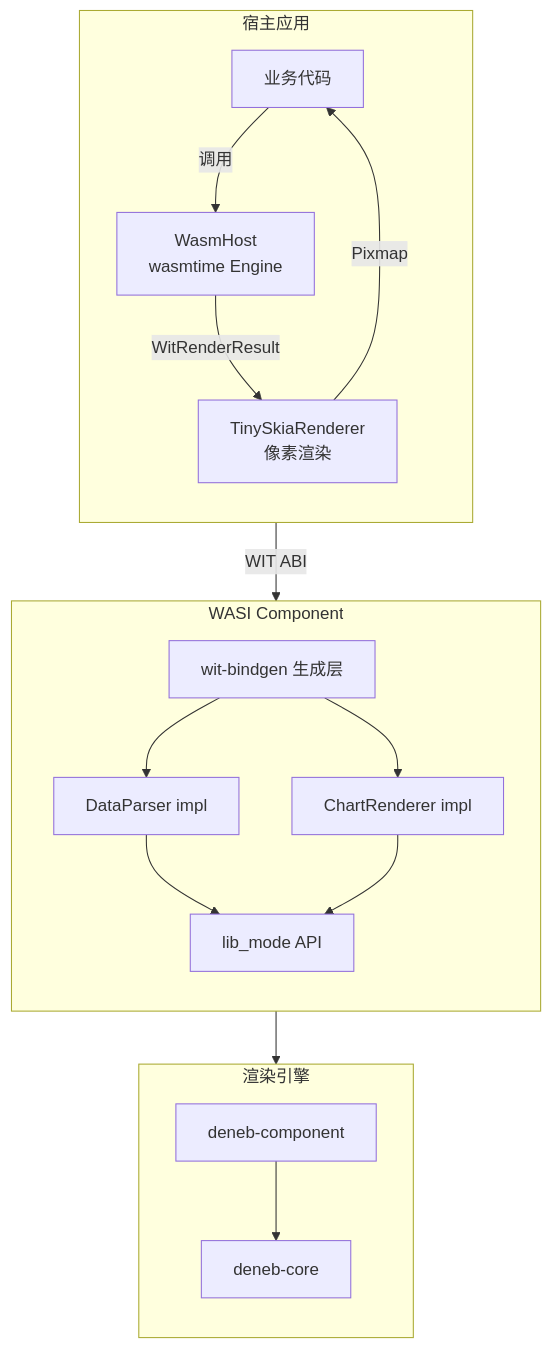
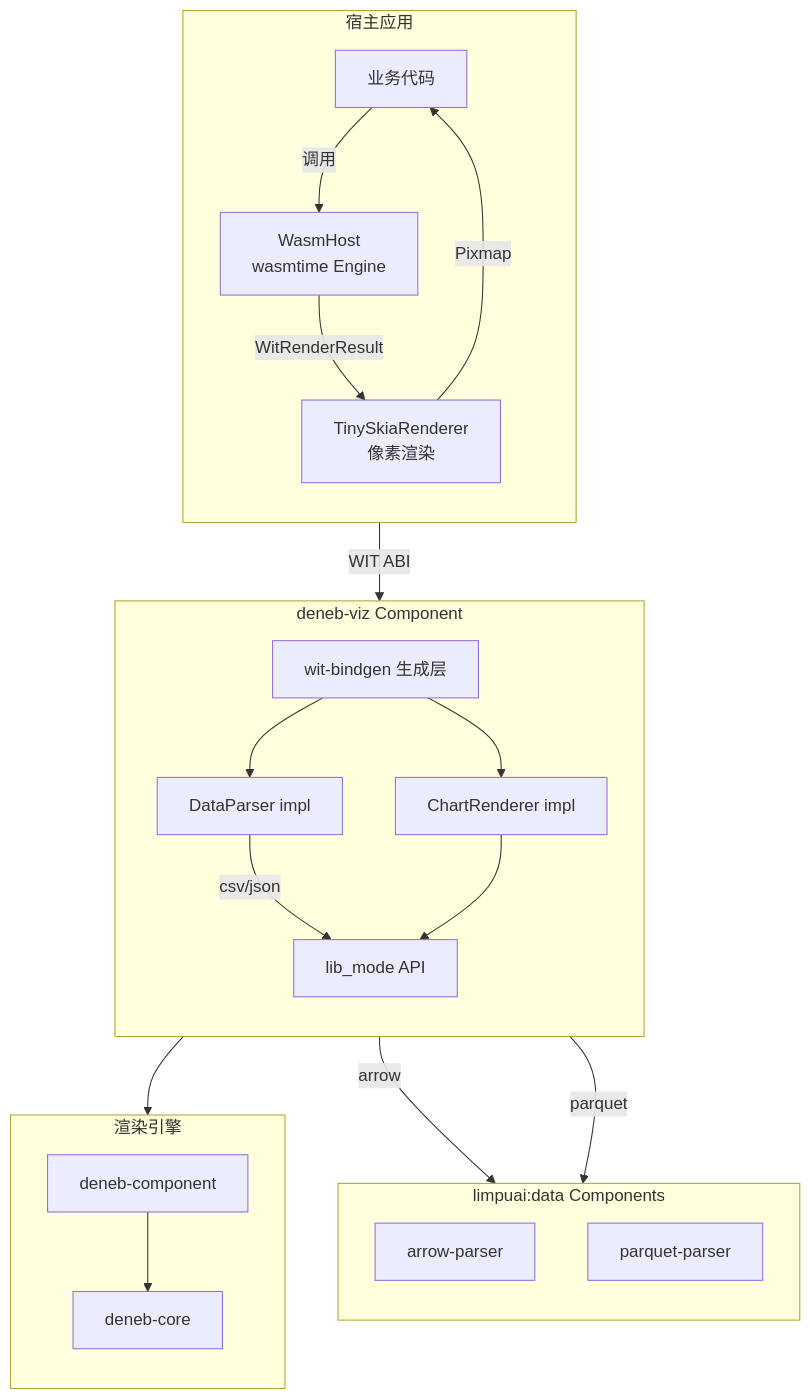
Before and after one commit to LimpuAI/deneb-rs: the first of 4 diagrams in docs/webassembly.md, drawn with Mermaid. The commit also changed other lines of this file and 29 other files, not shown here.

First line of the commit message:
feat: integrate limpuai-wit Arrow/Parquet parsers via WASI Component Model

````diff
--- a/docs/webassembly.md
+++ b/docs/webassembly.md
@@ -7,34 +7,42 @@
 ```mermaid
 flowchart TB
     subgraph Host["宿主应用"]
         direction TB
         app[业务代码]
         wh[WasmHost<br/>wasmtime Engine]
         ren[TinySkiaRenderer<br/>像素渲染]
     end
 
-    subgraph Component["WASI Component"]
+    subgraph Component["deneb-viz Component"]
         direction TB
         wb[wit-bindgen 生成层]
         dp[DataParser impl]
         cr[ChartRenderer impl]
         lib[lib_mode API]
+    end
+
+    subgraph Parsers["limpuai:data Components"]
+        direction TB
+        ap[arrow-parser]
+        pp[parquet-parser]
     end
 
     subgraph Engine["渲染引擎"]
         direction TB
         core[deneb-core]
         comp[deneb-component]
     end
 
     app -->|调用| wh
     wh -->|WIT ABI| wb
     wb --> dp
     wb --> cr
-    dp --> lib
+    dp -->|csv/json| lib
+    dp -->|arrow| ap
+    dp -->|parquet| pp
     cr --> lib
     lib --> comp
     comp --> core
     wh -->|WitRenderResult| ren
     ren -->|Pixmap| app
 ```
````
